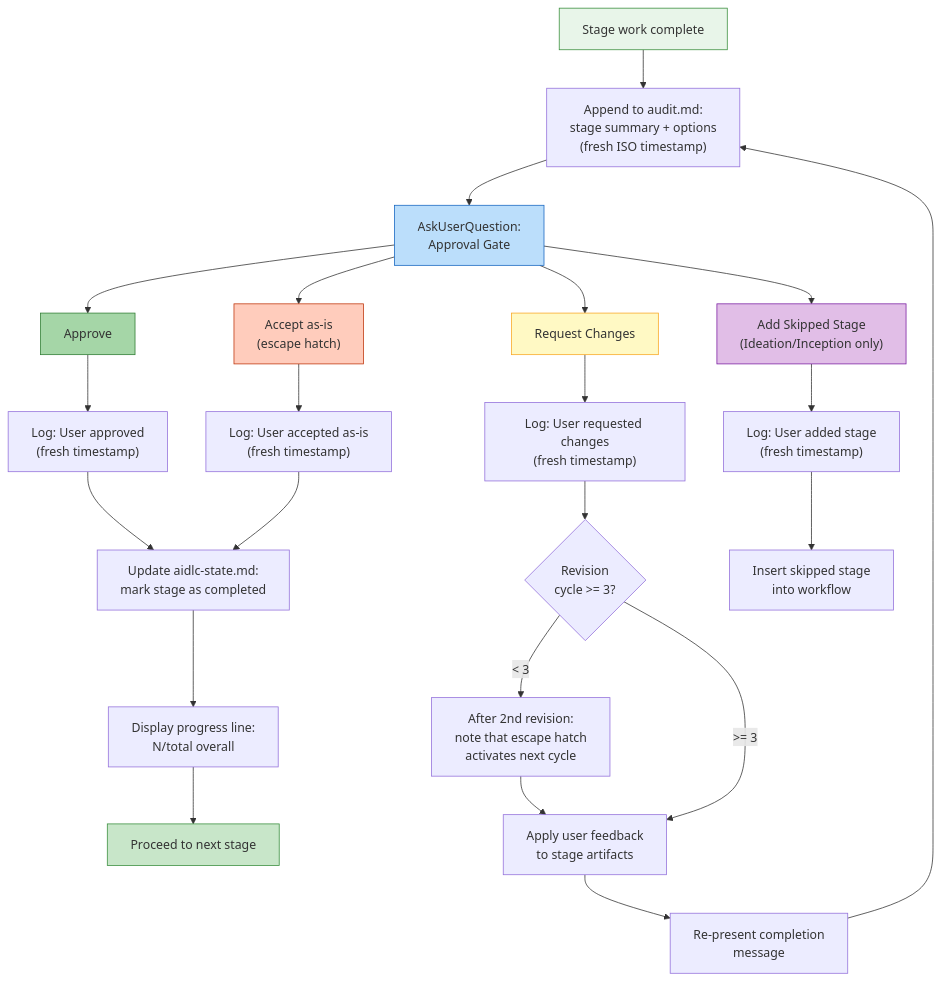
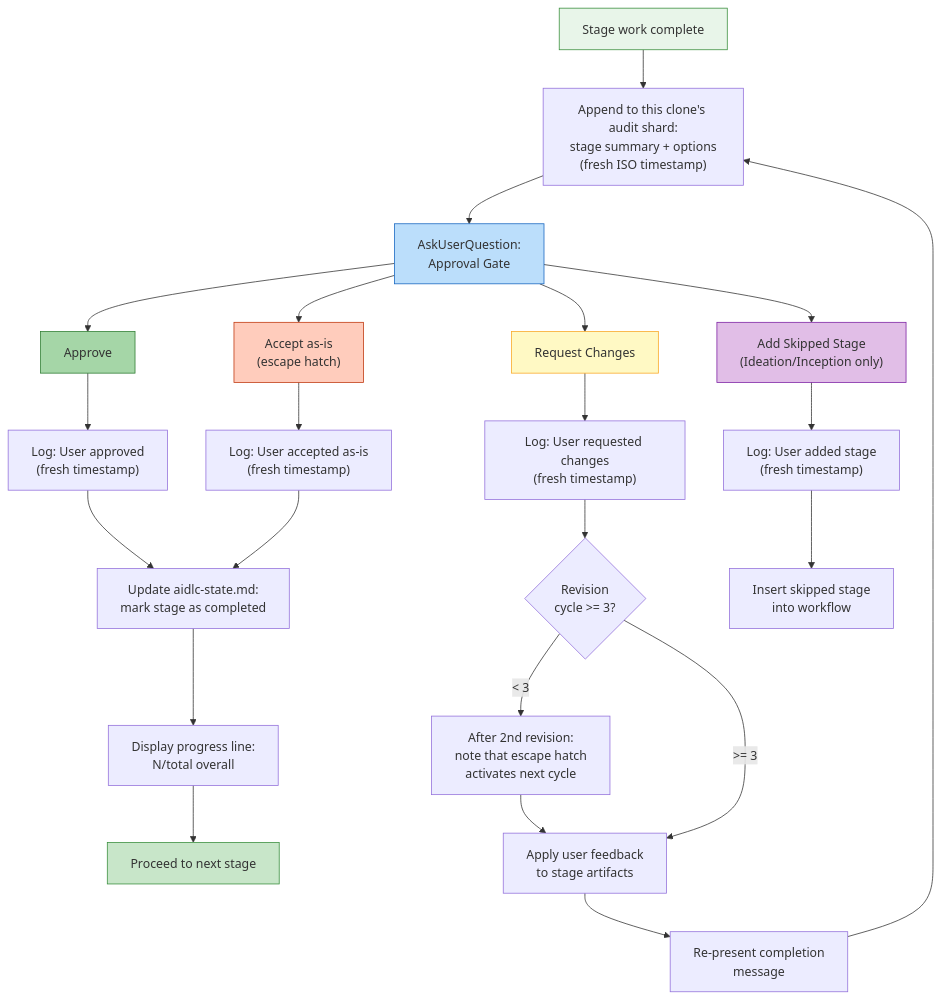
One commit to awslabs/aidlc-workflows changed the diagram in docs/guide/06-interaction-modes.md. Above: the diagram before and after it, drawn with Mermaid. The commit also changed 169 other files, not shown here.

````diff
--- a/docs/guide/06-interaction-modes.md
+++ b/docs/guide/06-interaction-modes.md
@@ -73,51 +73,51 @@
 ```mermaid
 flowchart TD
     COMPLETE["Stage work complete"]
-    AUDIT_PRE["Append to audit.md:\nstage summary + options\n(fresh ISO timestamp)"]
+    AUDIT_PRE["Append to this clone's audit shard:\nstage summary + options\n(fresh ISO timestamp)"]
     ASK["AskUserQuestion:\nApproval Gate"]
 
     APPROVE["Approve"]
     CHANGES["Request Changes"]
     ACCEPT["Accept as-is\n(escape hatch)"]
     ADD_STAGE["Add Skipped Stage\n(Ideation/Inception only)"]
 
     AUDIT_POST_A["Log: User approved\n(fresh timestamp)"]
     AUDIT_POST_C["Log: User requested changes\n(fresh timestamp)"]
     AUDIT_POST_ACC["Log: User accepted as-is\n(fresh timestamp)"]
     AUDIT_POST_ADD["Log: User added stage\n(fresh timestamp)"]
 
     REVISION_COUNT{"Revision\ncycle >= 3?"}
     NOTE_2ND["After 2nd revision:\nnote that escape hatch\nactivates next cycle"]
 
     UPDATE_STATE["Update aidlc-state.md:\nmark stage as completed"]
     PROGRESS["Display progress line:\nN/total overall"]
     NEXT_STAGE["Proceed to next stage"]
 
     REVISE["Apply user feedback\nto stage artifacts"]
     RE_PRESENT["Re-present completion\nmessage"]
 
     ADD_EXEC["Insert skipped stage\ninto workflow"]
 
     COMPLETE --> AUDIT_PRE --> ASK
     ASK --> APPROVE
     ASK --> CHANGES
     ASK --> ACCEPT
     ASK --> ADD_STAGE
 
     APPROVE --> AUDIT_POST_A --> UPDATE_STATE --> PROGRESS --> NEXT_STAGE
     ACCEPT --> AUDIT_POST_ACC --> UPDATE_STATE
 
     CHANGES --> AUDIT_POST_C --> REVISION_COUNT
     REVISION_COUNT -->|"< 3"| NOTE_2ND --> REVISE --> RE_PRESENT --> AUDIT_PRE
     REVISION_COUNT -->|">= 3"| REVISE
 
     ADD_STAGE --> AUDIT_POST_ADD --> ADD_EXEC
 
     style COMPLETE fill:#e8f5e9,stroke:#388e3c
     style ASK fill:#bbdefb,stroke:#1565c0
     style APPROVE fill:#a5d6a7,stroke:#2e7d32
     style CHANGES fill:#fff9c4,stroke:#f9a825
     style ACCEPT fill:#ffccbc,stroke:#bf360c
     style ADD_STAGE fill:#e1bee7,stroke:#7b1fa2
     style NEXT_STAGE fill:#c8e6c9,stroke:#388e3c
 ```
````
